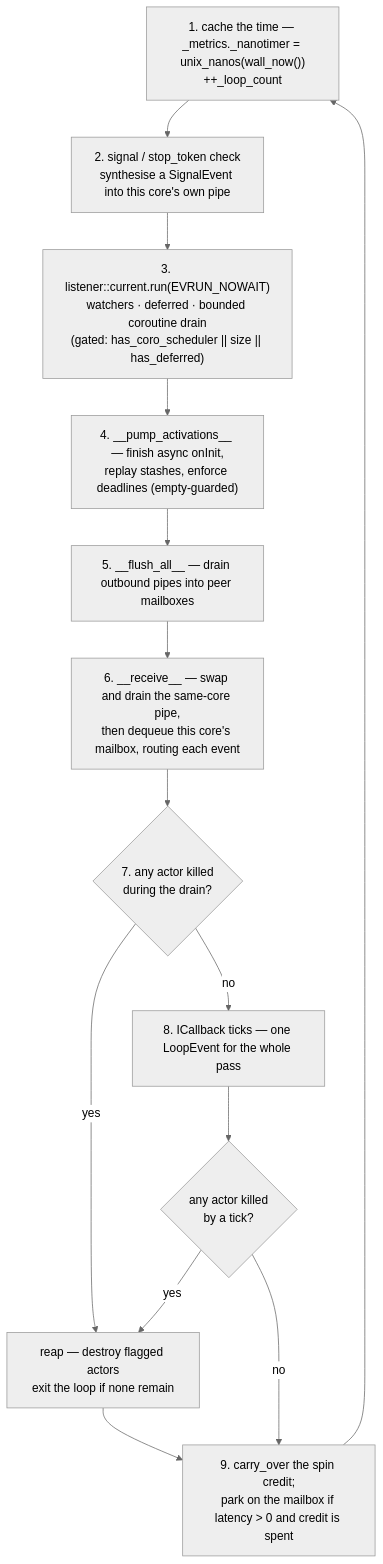
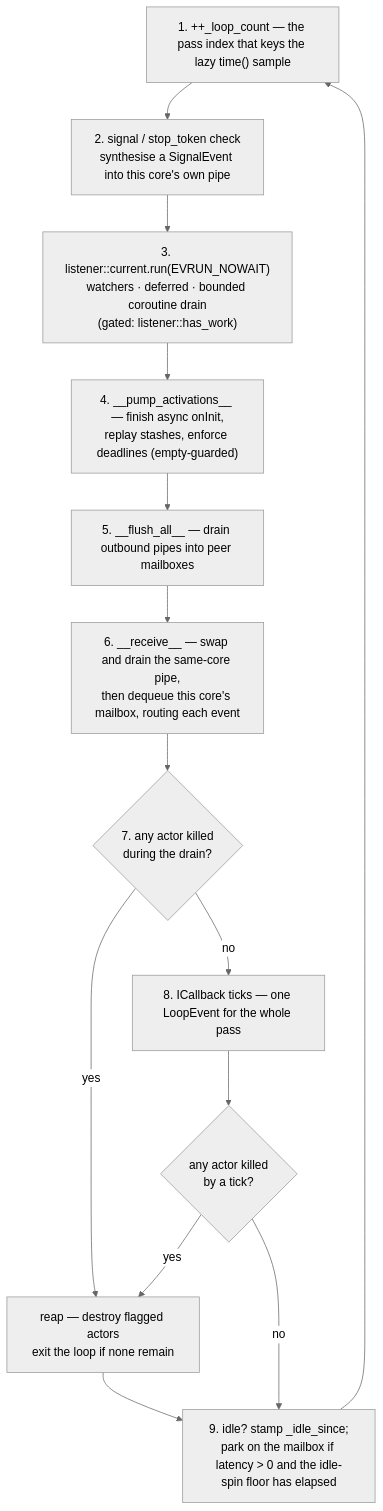
The second of 3 diagrams in readme/4_qb_core/engine.md (isndev/qb), drawn with Mermaid (neutral theme) before and after one commit. The commit also changed other lines of this file and 42 other files, not shown here.

First line of the commit message:
core: race-free mailbox park handshake + time-based idle-spin floor (axes A/B/C)

````diff
--- a/readme/4_qb_core/engine.md
+++ b/readme/4_qb_core/engine.md
@@ -185,16 +197,16 @@
 ```mermaid
 flowchart TD
-    T["1. cache the time — _metrics._nanotimer = unix_nanos(wall_now())<br/>++_loop_count"] --> S
+    T["1. ++_loop_count — the pass index that keys the lazy time() sample"] --> S
     S["2. signal / stop_token check<br/>synthesise a SignalEvent into this core's own pipe"] --> IO
-    IO["3. listener::current.run(EVRUN_NOWAIT)<br/>watchers · deferred · bounded coroutine drain<br/>(gated: has_coro_scheduler || size || has_deferred)"] --> ACT
+    IO["3. listener::current.run(EVRUN_NOWAIT)<br/>watchers · deferred · bounded coroutine drain<br/>(gated: listener::has_work)"] --> ACT
     ACT["4. __pump_activations__ — finish async onInit,<br/>replay stashes, enforce deadlines (empty-guarded)"] --> FL
     FL["5. __flush_all__ — drain outbound pipes into peer mailboxes"] --> RC
     RC["6. __receive__ — swap and drain the same-core pipe,<br/>then dequeue this core's mailbox, routing each event"] --> K1
     K1{"7. any actor killed<br/>during the drain?"} -->|yes| REAP
     K1 -->|no| CB
     CB["8. ICallback ticks — one LoopEvent for the whole pass"] --> K2
     K2{"any actor killed<br/>by a tick?"} -->|yes| REAP
     K2 -->|no| IDLE
     REAP["reap — destroy flagged actors<br/>exit the loop if none remain"] --> IDLE
-    IDLE["9. carry_over the spin credit;<br/>park on the mailbox if latency &gt; 0 and credit is spent"] --> T
+    IDLE["9. idle? stamp _idle_since;<br/>park on the mailbox if latency &gt; 0 and the idle-spin floor has elapsed"] --> T
 ```
````
